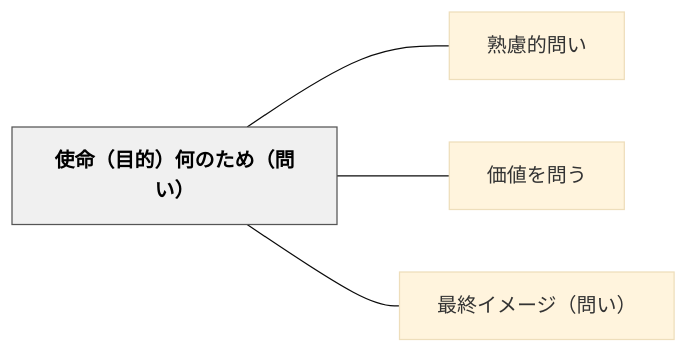
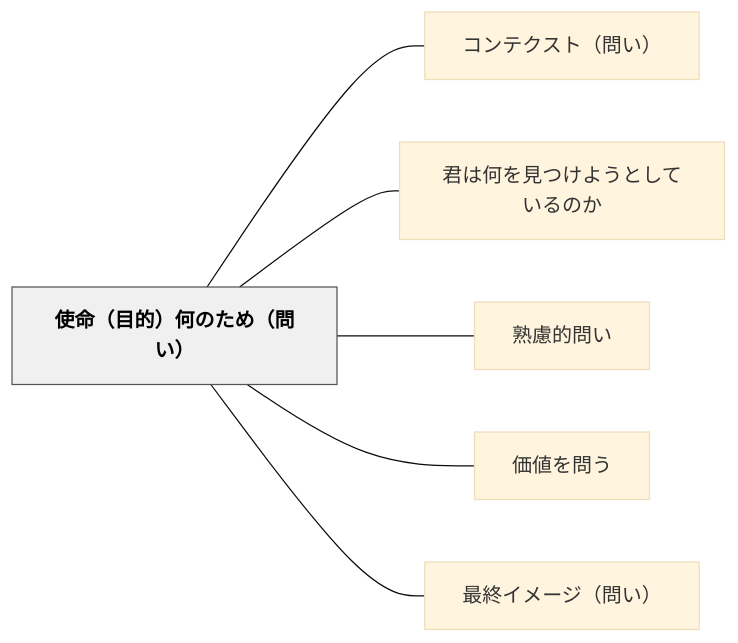
The diagram in content/パタン/使命（目的）何のため（問い）.md (unknownthings-ed-patterns/unknownthings-ed-patterns), drawn with Mermaid (base theme) before and after one commit. The commit also changed other lines of this file and 473 other files, not shown here.

````diff
--- a/content/パタン/使命（目的）何のため（問い）.md
+++ b/content/パタン/使命（目的）何のため（問い）.md
@@ -40,14 +42,18 @@
 ```mermaid
 flowchart LR
     ne4bdbfe591bd["使命（目的）何のため（問い）"]
+    ne382b3e383b3["コンテクスト（問い）"]
+    ne5909be381af["君は何を見つけようとしているのか"]
     ne7869fe685ae["熟慮的問い"]
     ne4bea1e580a4["価値を問う"]
     ne69c80e7b582["最終イメージ（問い）"]
 
+    ne4bdbfe591bd --- ne382b3e383b3
+    ne4bdbfe591bd --- ne5909be381af
     ne4bdbfe591bd --- ne7869fe685ae
     ne4bdbfe591bd --- ne4bea1e580a4
     ne4bdbfe591bd --- ne69c80e7b582
 
     classDef hub fill:#f0f0f0,stroke:#555,color:#000,font-weight:bold
     class ne4bdbfe591bd hub
 ```
````
